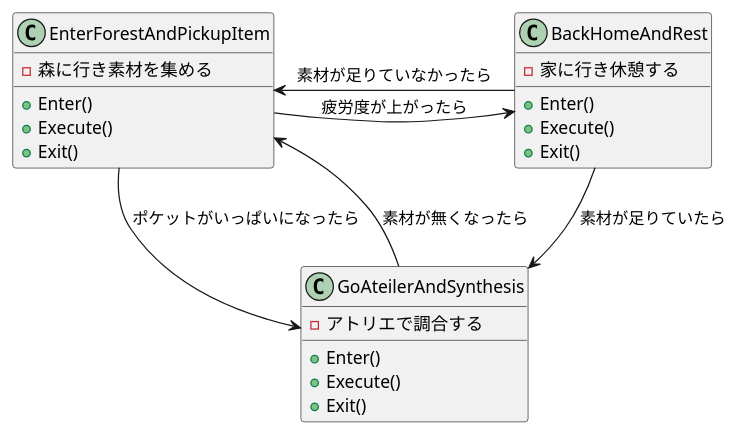
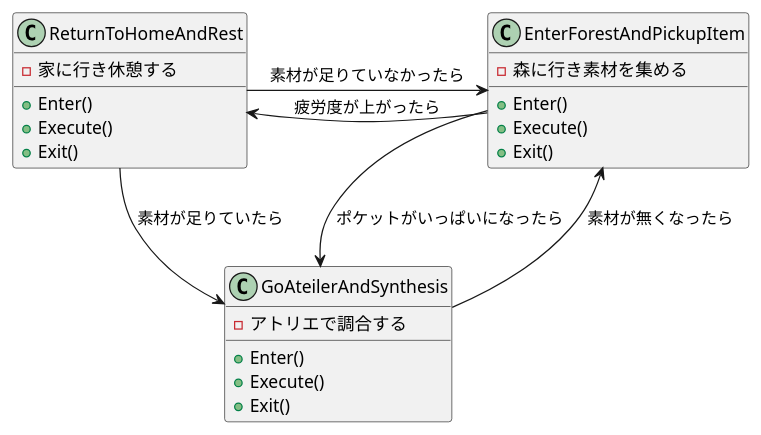
One commit to hobby-overflow/LearnFSM changed the diagram in uml.pu. Above: the diagram before and after it, drawn with PlantUML. The commit also changed 4 other files, not shown here.

Commit message:
add State:ReturnToHomeAndRest

```diff
--- a/uml.pu
+++ b/uml.pu
@@ -1,29 +1,27 @@
 @startuml State Machine
+class ReturnToHomeAndRest{
+    +Enter()
+    +Execute()
+    +Exit()
+    -家に行き休憩する
+}
 class EnterForestAndPickupItem{
     +Enter()
     +Execute()
     +Exit()
     -森に行き素材を集める
 }
 class GoAteilerAndSynthesis{
     
     +Enter()
     +Execute()
     +Exit()
     -アトリエで調合する
     
 }
-class BackHomeAndRest{
-    +Enter()
-    +Execute()
-    +Exit()
-    -家に行き休憩する
-
-}
+ReturnToHomeAndRest->EnterForestAndPickupItem: 素材が足りていなかったら
+ReturnToHomeAndRest->GoAteilerAndSynthesis: 素材が足りていたら
 EnterForestAndPickupItem-->GoAteilerAndSynthesis: ポケットがいっぱいになったら
-EnterForestAndPickupItem-->BackHomeAndRest: 疲労度が上がったら
-
-GoAteilerAndSynthesis->EnterForestAndPickupItem: 素材が無くなったら
-BackHomeAndRest->EnterForestAndPickupItem: 素材が足りていなかったら
-BackHomeAndRest-->GoAteilerAndSynthesis: 素材が足りていたら
+EnterForestAndPickupItem->ReturnToHomeAndRest: 疲労度が上がったら
+GoAteilerAndSynthesis-->EnterForestAndPickupItem: 素材が無くなったら
 @enduml
```
